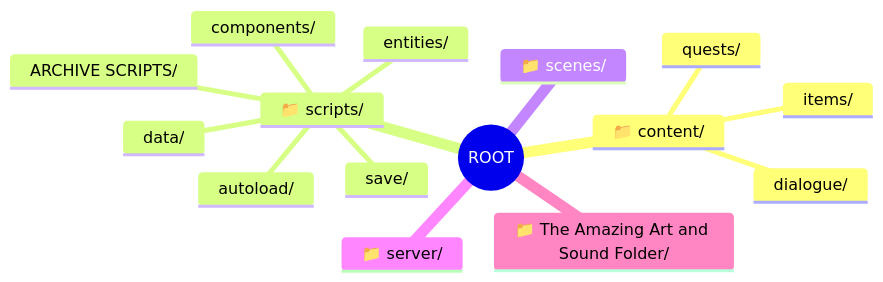
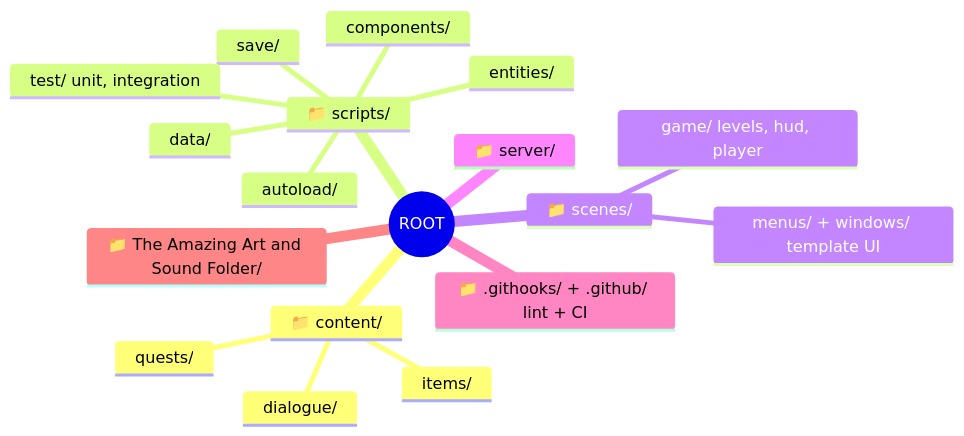
Before and after one commit to sintutiers/celter-fairy-pixie-gameproject: the first of 10 diagrams in TDD.md, drawn with Mermaid. The commit also changed other lines of this file and 2 other files, not shown here.

````diff
--- a/TDD.md
+++ b/TDD.md
@@ -76,18 +81,21 @@
 ```mermaid
 mindmap
   root((ROOT))
     📁 content/
       items/
       quests/
       dialogue/
     📁 scripts/
       autoload/
       save/
       components/
       data/
       entities/
-      ARCHIVE SCRIPTS/
+      test/ unit, integration
     📁 scenes/
+      game/ levels, hud, player
+      menus/ + windows/ template UI
     📁 server/
+    📁 .githooks/ + .github/ lint + CI
     📁 The Amazing Art and Sound Folder/
 ```
````
